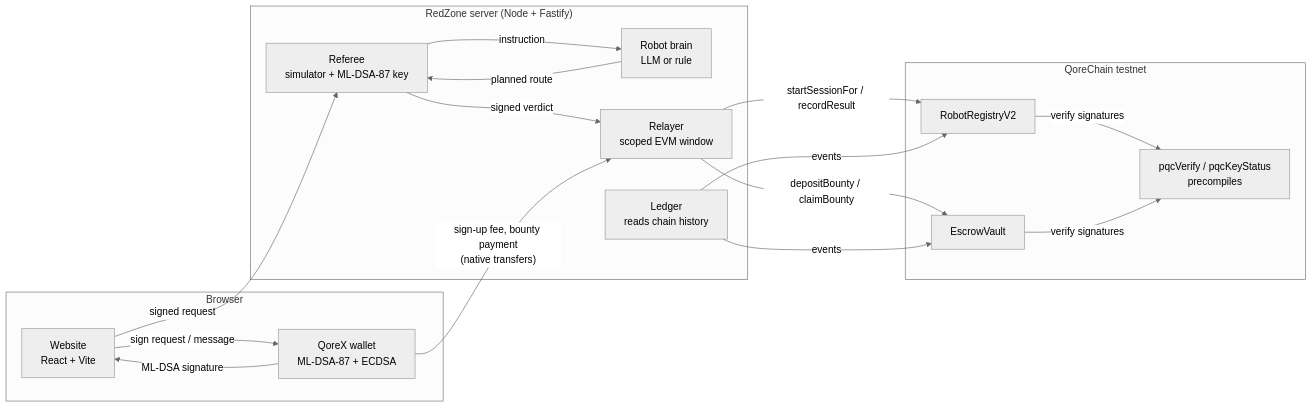
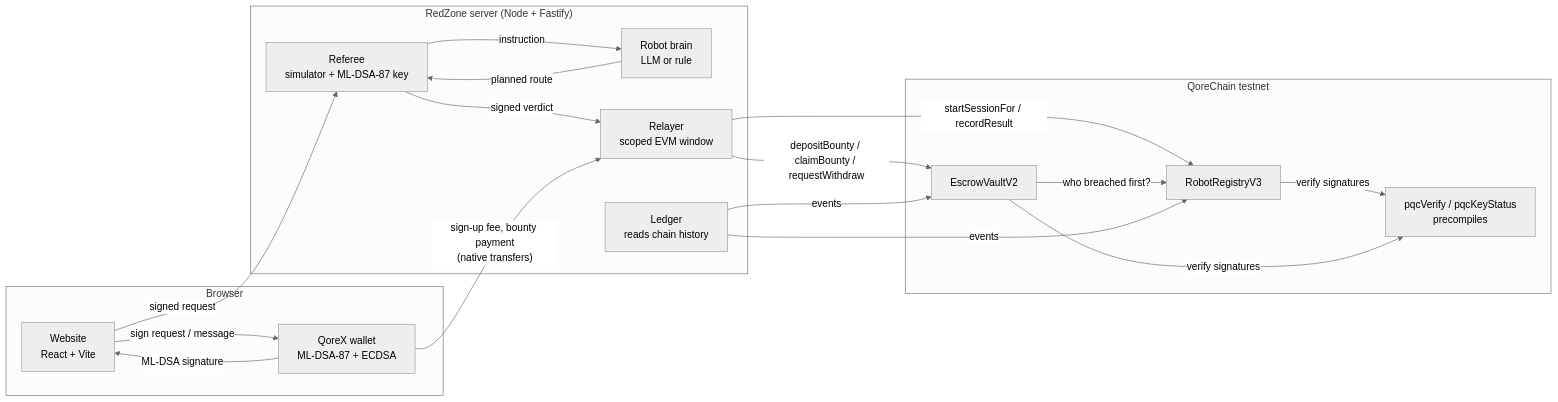
Before and after one commit to ponram06/redzone: the diagram in README.md, drawn with Mermaid (neutral theme). The commit also changed other lines of this file and 17 other files, not shown here.

````diff
--- a/README.md
+++ b/README.md
@@ -34,31 +34,32 @@
 ```mermaid
 flowchart LR
     subgraph Browser
         W[Website<br/>React + Vite]
         Q[QoreX wallet<br/>ML-DSA-87 + ECDSA]
     end
     subgraph Server["RedZone server (Node + Fastify)"]
         B[Robot brain<br/>LLM or rule]
         R[Referee<br/>simulator + ML-DSA-87 key]
         L[Relayer<br/>scoped EVM window]
         G[Ledger<br/>reads chain history]
     end
     subgraph QoreChain["QoreChain testnet"]
-        REG[RobotRegistryV2]
-        V[EscrowVault]
+        REG[RobotRegistryV3]
+        V[EscrowVaultV2]
         P[pqcVerify / pqcKeyStatus<br/>precompiles]
     end
     W -- "sign request / message" --> Q
     Q -- "ML-DSA signature" --> W
     W -- "signed request" --> R
     R -- "instruction" --> B
     B -- "planned route" --> R
     R -- "signed verdict" --> L
     L -- "startSessionFor / recordResult" --> REG
-    L -- "depositBounty / claimBounty" --> V
+    L -- "depositBounty / claimBounty / requestWithdraw" --> V
+    V -- "who breached first?" --> REG
     REG -- "verify signatures" --> P
     V -- "verify signatures" --> P
     Q -- "sign-up fee, bounty payment<br/>(native transfers)" --> L
     G -- "events" --> REG
     G -- "events" --> V
 ```
````
